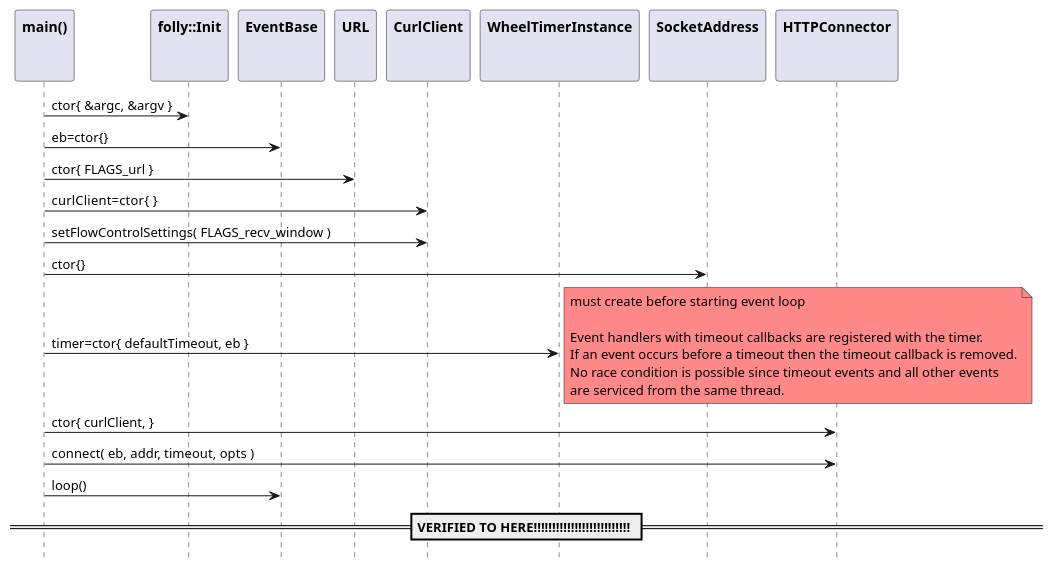
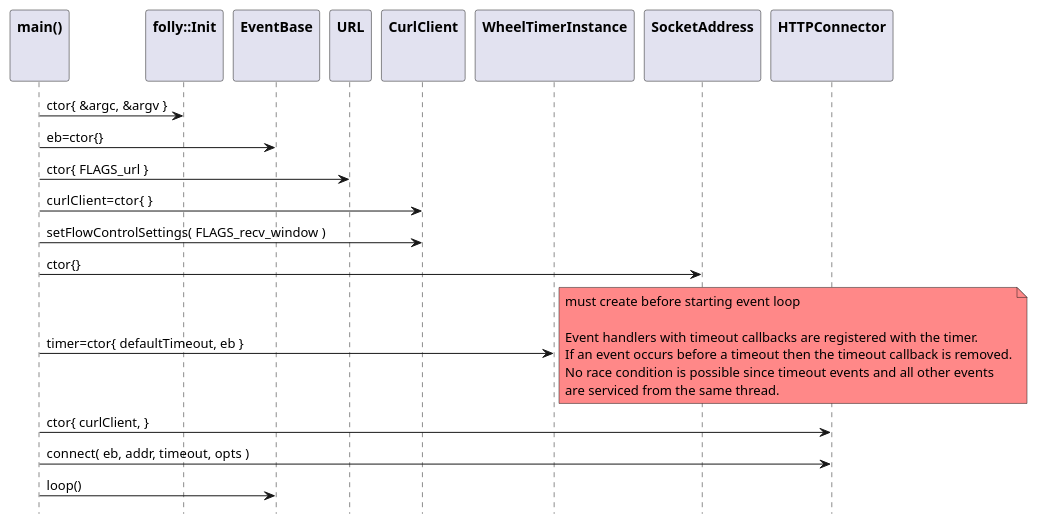
Before and after one commit to patrickhallinan/hello-proxygen: the first of 3 diagrams in doc/proxygen-curl-sample.adoc, drawn with PlantUML. The commit also changed other lines of this file and 1 other file, not shown here.

```diff
--- a/doc/proxygen-curl-sample.adoc
+++ b/doc/proxygen-curl-sample.adoc
@@ -7,41 +16,39 @@
 [plantuml, "init-seq.puml", svg]
 ----
 hide footbox
 
 participant "**main()**\n\n" as main
 participant "**folly::Init**\n\n" as Init
 participant "**EventBase**\n\n" as EventBase
 participant "**URL**\n\n" as URL
 participant "**CurlClient**\n\n" as CurlClient
 participant "**WheelTimerInstance**\n\n" as WheelTimerInstance
 
 participant "**SocketAddress**\n\n" as SocketAddress
 participant "**HTTPConnector**\n\n" as HTTPConnector
 
 
 main -> Init : ctor{ &argc, &argv }
 main -> EventBase : eb=ctor{}
 main -> URL : ctor{ FLAGS_url }
 main -> CurlClient : curlClient=ctor{  }
 
 main -> CurlClient : setFlowControlSettings( FLAGS_recv_window )
 main -> SocketAddress : ctor{}
 
 main -> WheelTimerInstance : timer=ctor{ defaultTimeout, eb }
 note right #ff8888
     must create before starting event loop
    
     Event handlers with timeout callbacks are registered with the timer.
     If an event occurs before a timeout then the timeout callback is removed.
     No race condition is possible since timeout events and all other events
     are serviced from the same thread.
 end note 
 
 main -> HTTPConnector : ctor{ curlClient, }
 main -> HTTPConnector : connect( eb, addr, timeout, opts )
 
 main -> EventBase : loop()
 
-==  VERIFIED TO HERE!!!!!!!!!!!!!!!!!!!!!!!!!! ==
-
 ----
```
